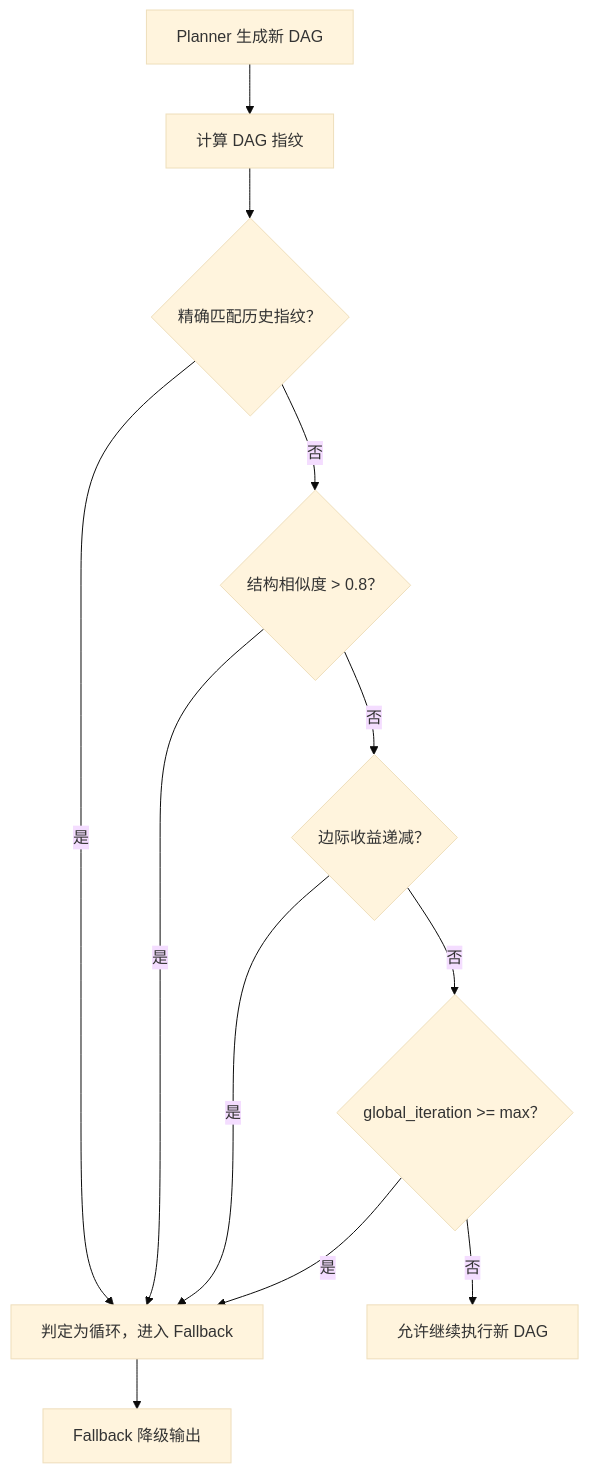
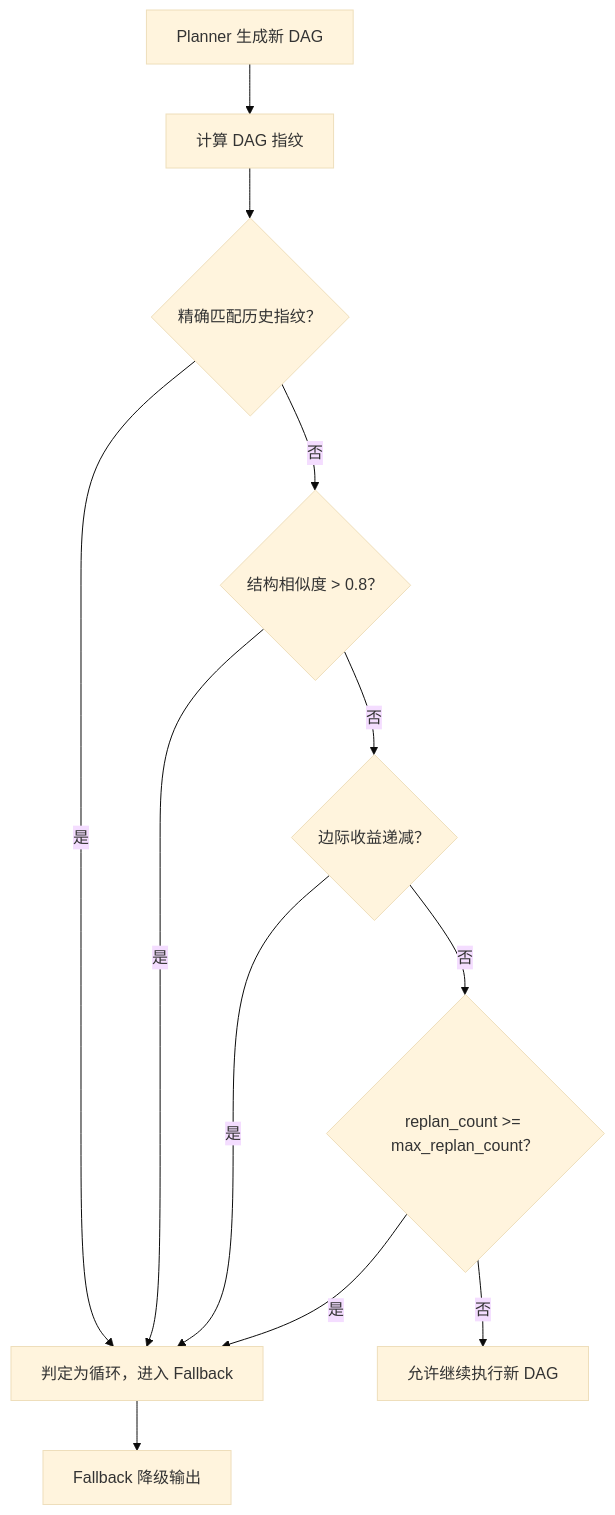
Before and after one commit to kkk935208447/learning_common_lib: the sixth of 6 diagrams in src/learning_common_lib/案例/用户AgenticRAG检索/技术拆解.md, drawn with Mermaid (base theme). The commit also changed other lines of this file and 3 other files, not shown here.

````diff
--- a/src/learning_common_lib/案例/用户AgenticRAG检索/技术拆解.md
+++ b/src/learning_common_lib/案例/用户AgenticRAG检索/技术拆解.md
@@ -1268,14 +1408,14 @@
 ```mermaid
 flowchart TD
     A["Planner 生成新 DAG"] --> B["计算 DAG 指纹"]
     B --> C{"精确匹配历史指纹？"}
     C -- "是" --> G["判定为循环，进入 Fallback"]
     C -- "否" --> D{"结构相似度 > 0.8？"}
     D -- "是" --> G
     D -- "否" --> E{"边际收益递减？"}
     E -- "是" --> G
-    E -- "否" --> F{"global_iteration >= max？"}
+    E -- "否" --> F{"replan_count >= max_replan_count？"}
     F -- "是" --> G
     F -- "否" --> H["允许继续执行新 DAG"]
     G --> I["Fallback 降级输出"]
 ```
````
